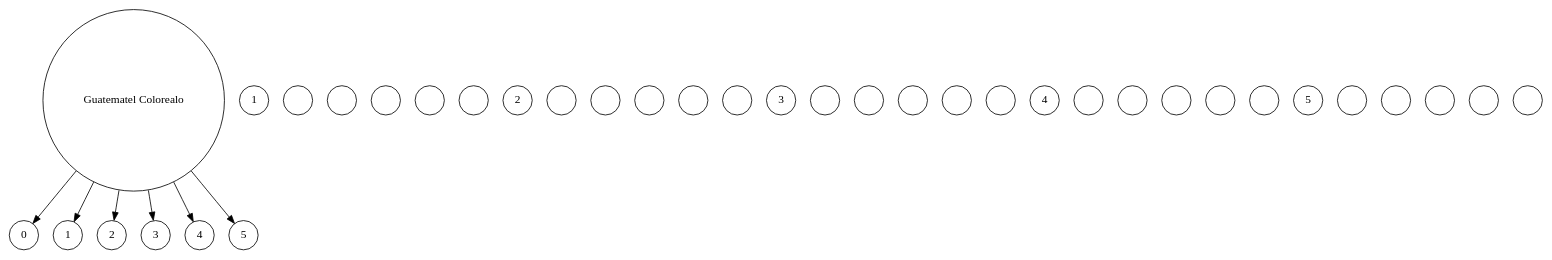
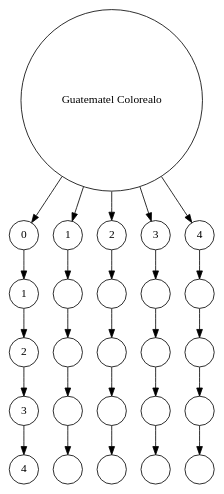
The diagram in grafica.dot (Manuelhb1/IPC2_Practica1_201407188), drawn with Graphviz before and after one commit. The commit also changed 2 other files, not shown here.

Commit message:
Enlaces de nodos en graphviz creados

```diff
--- a/grafica.dot
+++ b/grafica.dot
@@ -1,48 +1,56 @@
 digraph grafo{
 
         node[shape=circle];
 n0 [label="Guatematel Colorealo"];
 n1 [label="0"];
 n2 [label="1"];
 n3 [label="2"];
 n4 [label="3"];
 n5 [label="4"];
-n6 [label="5"];
-n7 [label="1"];
+n6 [label="1"];
+n7 [label=""];
 n8 [label=""];
 n9 [label=""];
 n10 [label=""];
-n11 [label=""];
+n11 [label="2"];
 n12 [label=""];
-n13 [label="2"];
+n13 [label=""];
 n14 [label=""];
 n15 [label=""];
-n16 [label=""];
+n16 [label="3"];
 n17 [label=""];
 n18 [label=""];
-n19 [label="3"];
+n19 [label=""];
 n20 [label=""];
-n21 [label=""];
+n21 [label="4"];
 n22 [label=""];
 n23 [label=""];
 n24 [label=""];
-n25 [label="4"];
-n26 [label=""];
-n27 [label=""];
-n28 [label=""];
-n29 [label=""];
-n30 [label=""];
-n31 [label="5"];
-n32 [label=""];
-n33 [label=""];
-n34 [label=""];
-n35 [label=""];
-n36 [label=""];
+n25 [label=""];
 n0 -> n1
 n0 -> n2
 n0 -> n3
 n0 -> n4
 n0 -> n5
-n0 -> n6
+n1 -> n6
+n6 -> n11
+n11 -> n16
+n16 -> n21
+n2 -> n7
+n7 -> n12
+n12 -> n17
+n17 -> n22
+n3 -> n8
+n8 -> n13
+n13 -> n18
+n18 -> n23
+n4 -> n9
+n9 -> n14
+n14 -> n19
+n19 -> n24
+n5 -> n10
+n10 -> n15
+n15 -> n20
+n20 -> n25
 
 }
```
